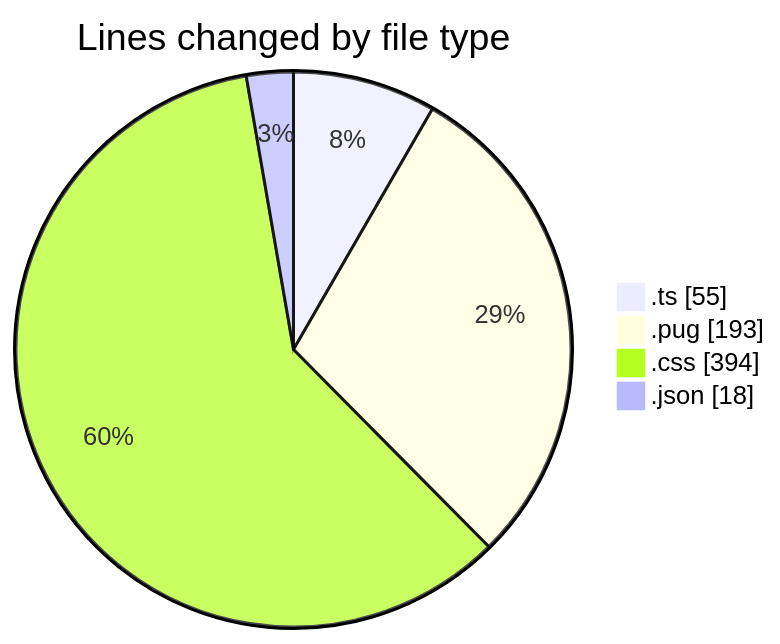
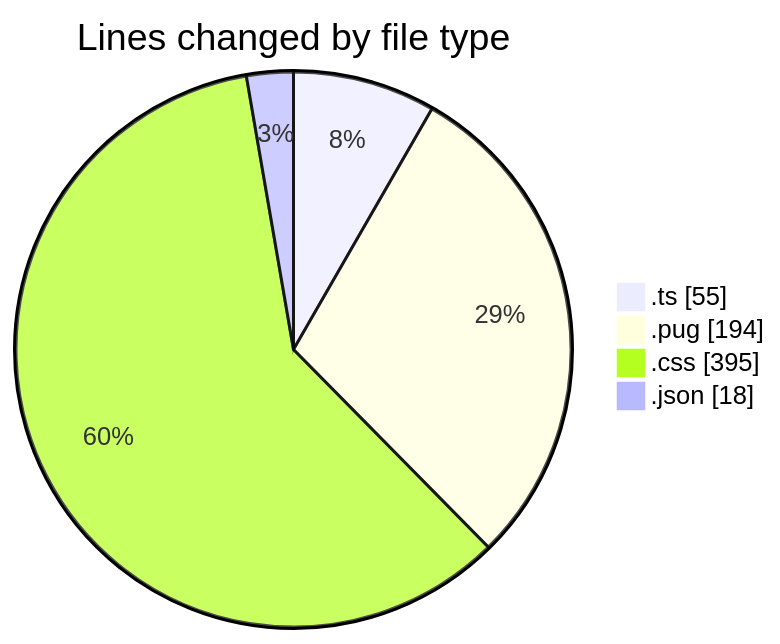
One commit to momahboobian/code-tracking changed the first of 2 diagrams in 2025-10-31/cda/README.md. Above: the diagram before and after it, drawn with Mermaid. The commit also changed other lines of this file and 1 other file, not shown here.

````diff
--- a/2025-10-31/cda/README.md
+++ b/2025-10-31/cda/README.md
@@ -25,8 +25,8 @@
 ```mermaid
 pie showData
 title Lines changed by file type
 ".ts" : 55
-".pug" : 193
-".css" : 394
+".pug" : 194
+".css" : 395
 ".json" : 18
 ```
````
